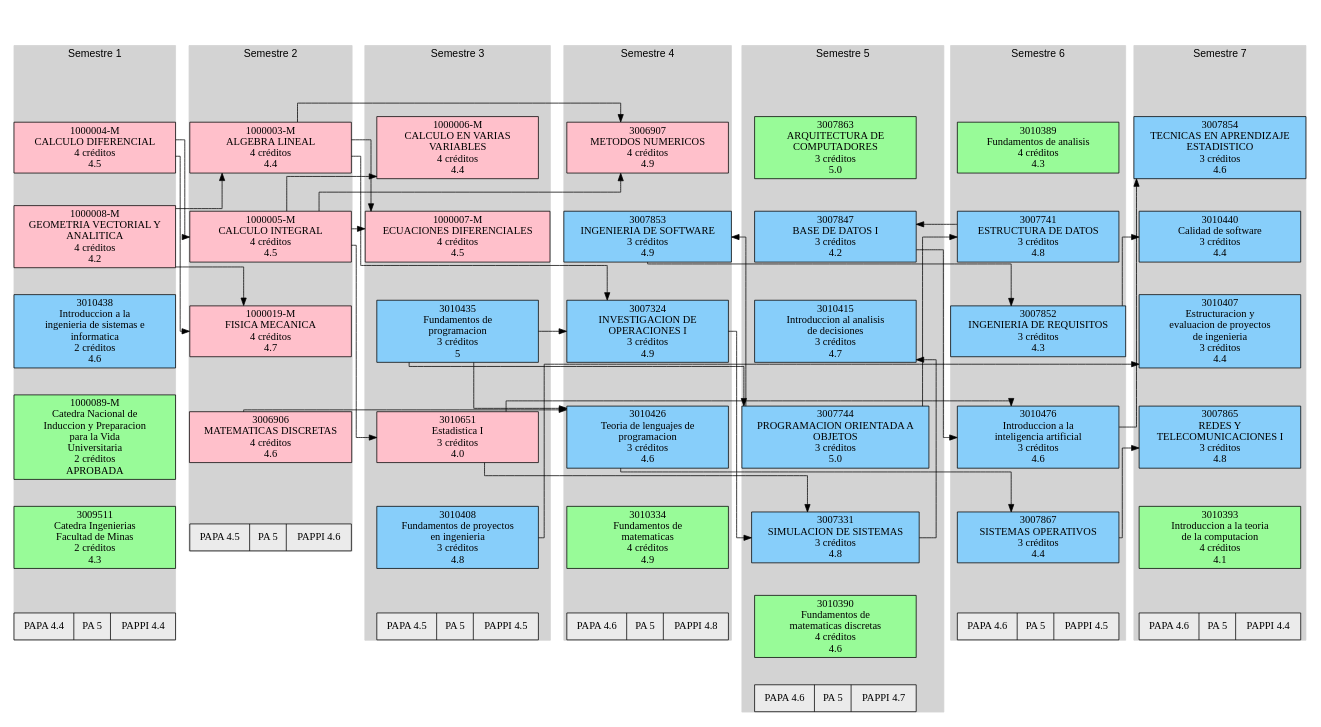
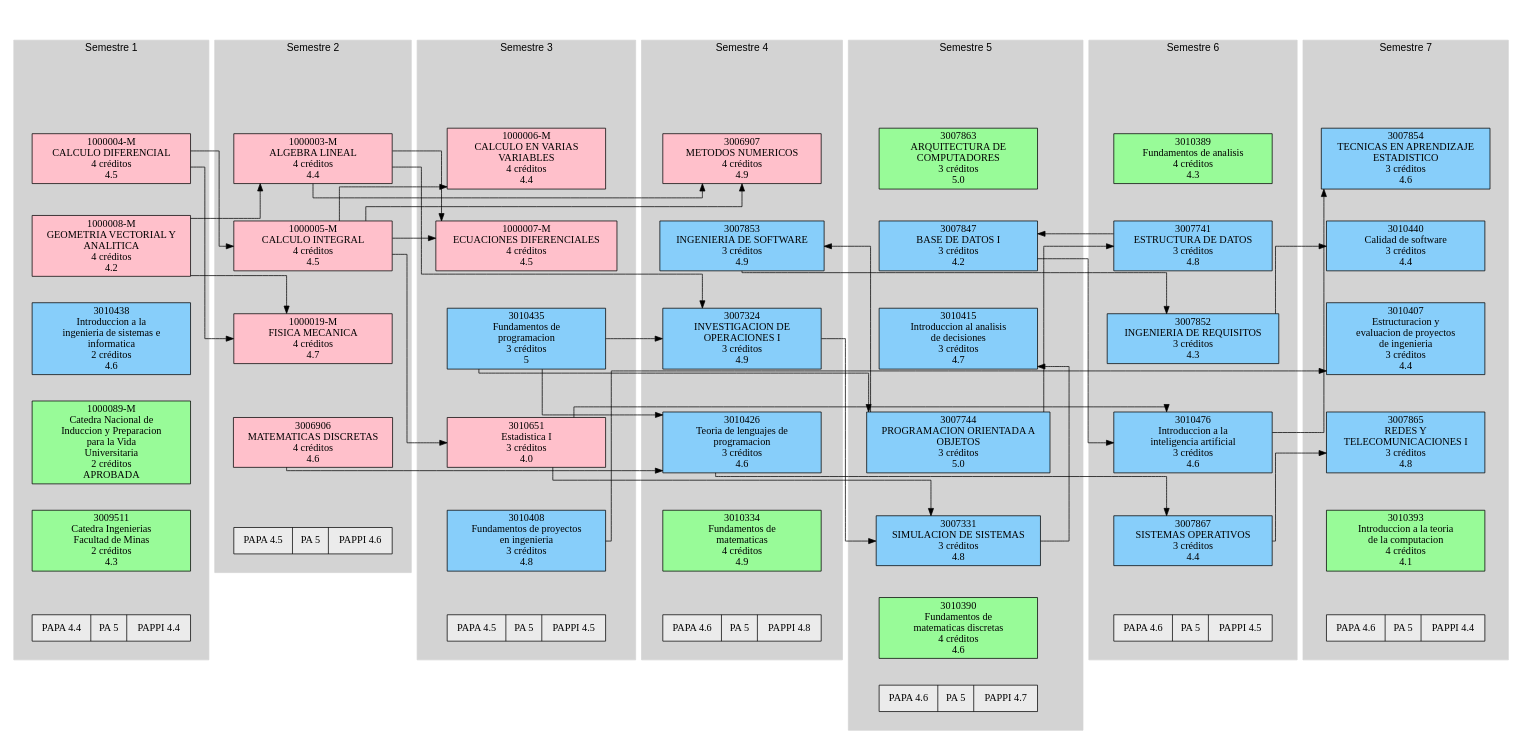
One commit to eporrasm/d-web changed the diagram in codigo/asignatura_catalog/Digraph.gv. Above: the diagram before and after it, drawn with Graphviz. The commit also changed 2 other files, not shown here.

```diff
--- a/codigo/asignatura_catalog/Digraph.gv
+++ b/codigo/asignatura_catalog/Digraph.gv
@@ -1,7 +1,8 @@
 // Historia academica
 digraph {
-	graph [compound=true margin=0.5 splines=ortho]
+	graph [compound=true splines=ortho]
 	subgraph cluster_1 {
+		graph [margin=25]
 		node [shape=box style=filled width=3]
 		color=lightgrey fontname=Arial style=filled
 		label="Semestre 1"
@@ -42,6 +43,7 @@
 		3009511 -> "Promedio 1" [style=invis]
 	}
 	subgraph cluster_2 {
+		graph [margin=25]
 		node [shape=box style=filled width=3]
 		color=lightgrey fontname=Arial style=filled
 		label="Semestre 2"
@@ -70,6 +72,7 @@
 		3006906 -> "Promedio 2" [style=invis]
 	}
 	subgraph cluster_3 {
+		graph [margin=25]
 		node [shape=box style=filled width=3]
 		color=lightgrey fontname=Arial style=filled
 		label="Semestre 3"
@@ -106,6 +109,7 @@
 		3010408 -> "Promedio 3" [style=invis]
 	}
 	subgraph cluster_4 {
+		graph [margin=25]
 		node [shape=box style=filled width=3]
 		color=lightgrey fontname=Arial style=filled
 		label="Semestre 4"
@@ -142,6 +146,7 @@
 		3010334 -> "Promedio 4" [style=invis]
 	}
 	subgraph cluster_5 {
+		graph [margin=25]
 		node [shape=box style=filled width=3]
 		color=lightgrey fontname=Arial style=filled
 		label="Semestre 5"
@@ -184,6 +189,7 @@
 		3010390 -> "Promedio 5" [style=invis]
 	}
 	subgraph cluster_6 {
+		graph [margin=25]
 		node [shape=box style=filled width=3]
 		color=lightgrey fontname=Arial style=filled
 		label="Semestre 6"
@@ -218,6 +224,7 @@
 		3007867 -> "Promedio 6" [style=invis]
 	}
 	subgraph cluster_7 {
+		graph [margin=25]
 		node [shape=box style=filled width=3]
 		color=lightgrey fontname=Arial style=filled
 		label="Semestre 7"
```
